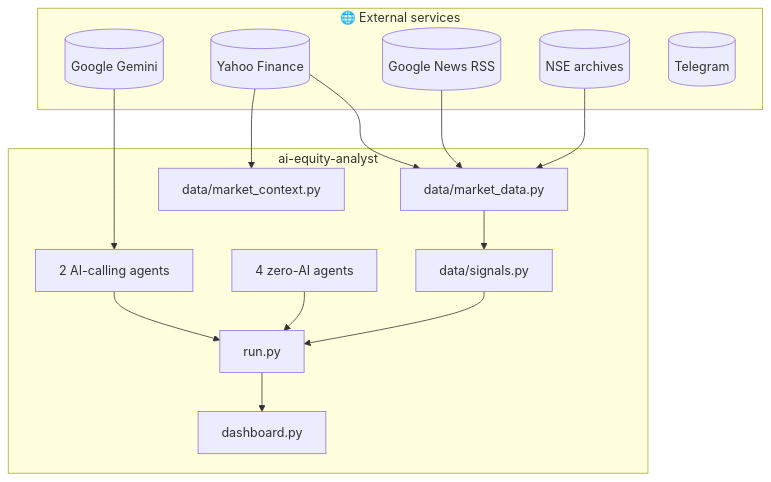
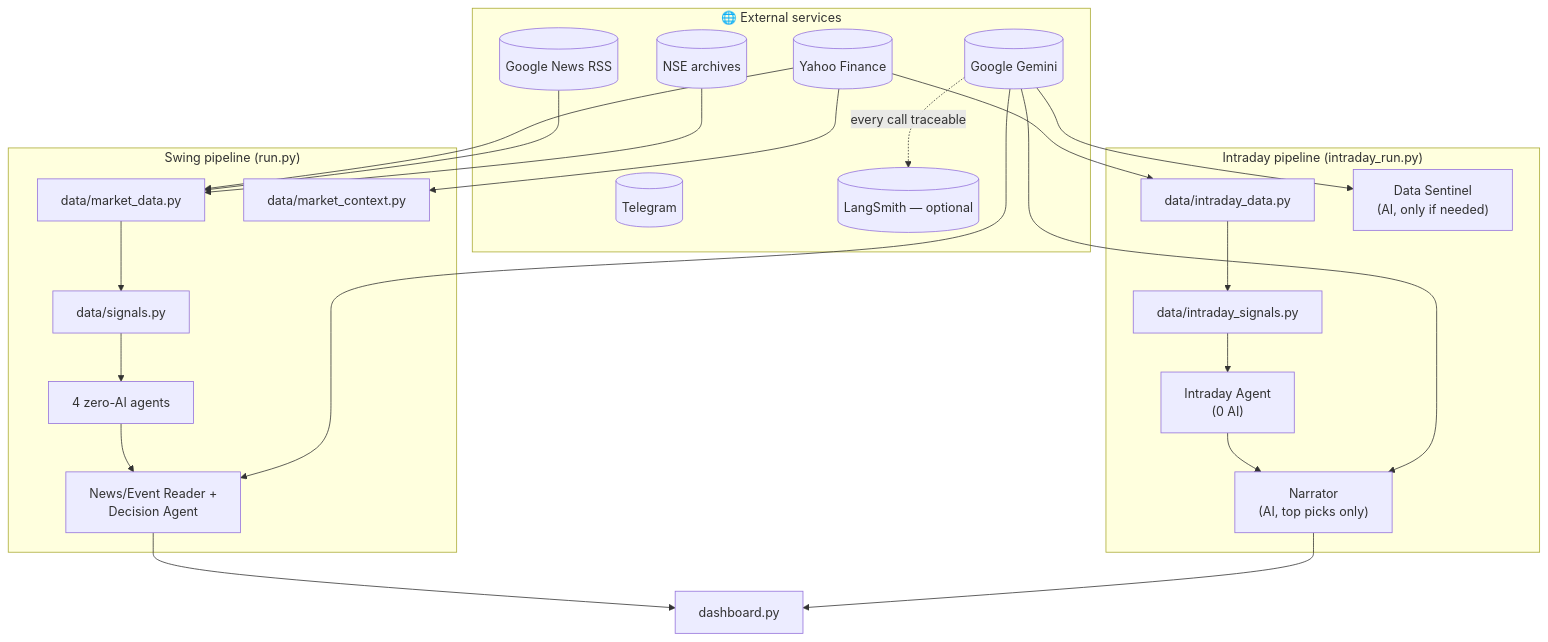
The diagram in HOW_IT_WORKS.md (Diksha20Bhatia/ai-equity-analyst), drawn with Mermaid before and after one commit. The commit also changed other lines of this file and 4 other files, not shown here.

````diff
--- a/HOW_IT_WORKS.md
+++ b/HOW_IT_WORKS.md
@@ -25,26 +28,37 @@
 ```mermaid
 flowchart TB
     subgraph External["🌐 External services"]
         Gemini[("Google Gemini")]
         Yahoo[("Yahoo Finance")]
         GNews[("Google News RSS")]
         NSEArc[("NSE archives")]
         TG[("Telegram")]
+        LS[("LangSmith — optional")]
     end
-    subgraph App["ai-equity-analyst"]
+    subgraph SwingApp["Swing pipeline (run.py)"]
         MarketData["data/market_data.py"]
         Signals["data/signals.py"]
         MktCtx["data/market_context.py"]
         ZeroAI["4 zero-AI agents"]
-        EventDecision["2 AI-calling agents"]
-        Run["run.py"]
-        Dashboard["dashboard.py"]
+        EventDecision["News/Event Reader +<br/>Decision Agent"]
     end
-    Yahoo --> MarketData & MktCtx
+    subgraph IntraApp["Intraday pipeline (intraday_run.py)"]
+        IntraData["data/intraday_data.py"]
+        IntraSignals["data/intraday_signals.py"]
+        IntraAgent["Intraday Agent<br/>(0 AI)"]
+        Sentinel["Data Sentinel<br/>(AI, only if needed)"]
+        Narrator["Narrator<br/>(AI, top picks only)"]
+    end
+    Dashboard["dashboard.py"]
+
+    Yahoo --> MarketData & MktCtx & IntraData
     GNews --> MarketData
     NSEArc --> MarketData
-    MarketData --> Signals --> Run
-    ZeroAI --> Run
-    Gemini --> EventDecision --> Run
-    Run --> Dashboard
+    MarketData --> Signals --> ZeroAI
+    IntraData --> IntraSignals --> IntraAgent
+    ZeroAI --> EventDecision
+    IntraAgent --> Narrator
+    Gemini --> EventDecision & Sentinel & Narrator
+    EventDecision & Narrator --> Dashboard
+    Gemini -.->|every call traceable| LS
 ```
````
